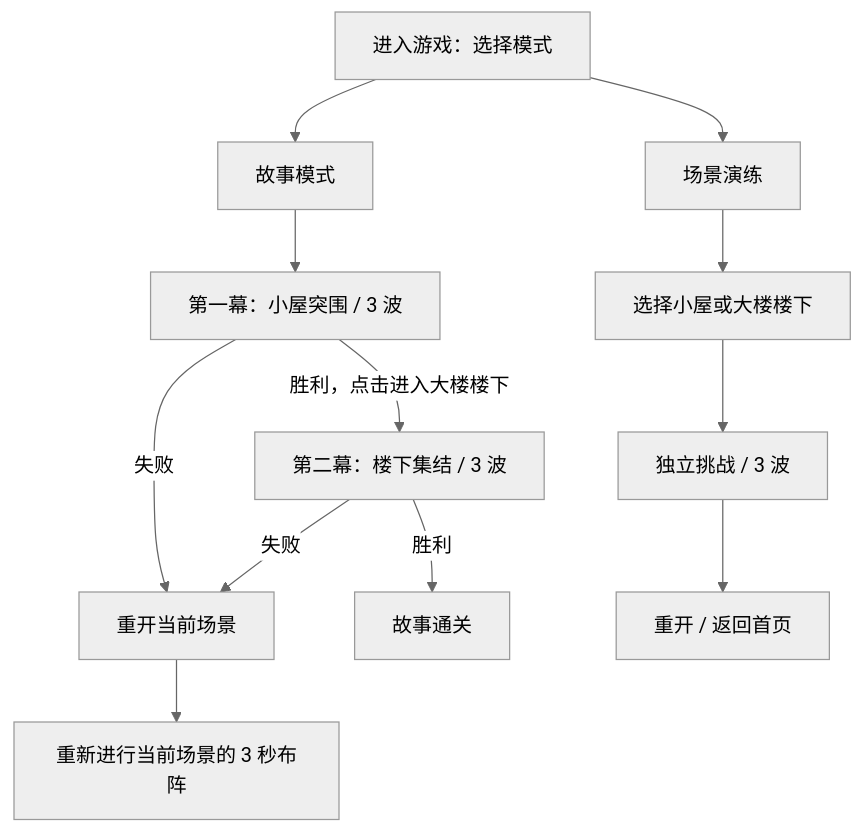
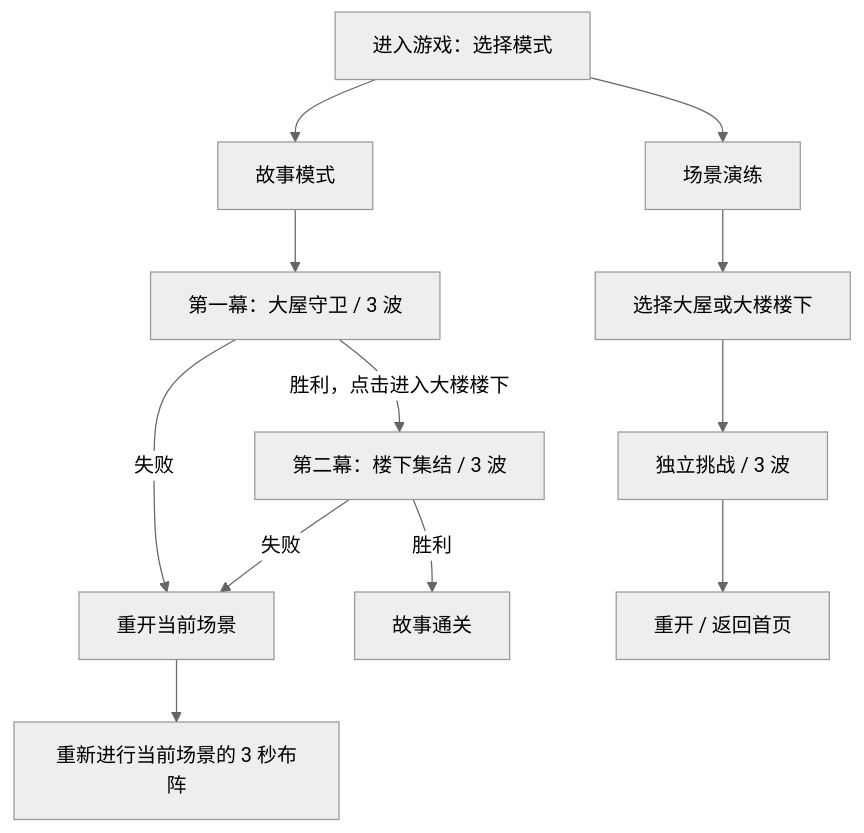
The diagram in docs/10-story-scenes-design.md (quaner-dev/zombie-defense-game), drawn with Mermaid (neutral theme) before and after one commit. The commit also changed other lines of this file and 21 other files, not shown here.

````diff
--- a/docs/10-story-scenes-design.md
+++ b/docs/10-story-scenes-design.md
@@ -9,14 +9,14 @@
 ```mermaid
 flowchart TD
   A[进入游戏：选择模式] --> B[故事模式]
   A --> C[场景演练]
-  B --> D[第一幕：小屋突围 / 3 波]
+  B --> D[第一幕：大屋守卫 / 3 波]
   D -->|胜利，点击进入大楼楼下| E[第二幕：楼下集结 / 3 波]
   D -->|失败| F[重开当前场景]
   E -->|失败| F
   F --> G[重新进行当前场景的 3 秒布阵]
   E -->|胜利| H[故事通关]
-  C --> I[选择小屋或大楼楼下]
+  C --> I[选择大屋或大楼楼下]
   I --> J[独立挑战 / 3 波]
   J --> K[重开 / 返回首页]
 ```
````
